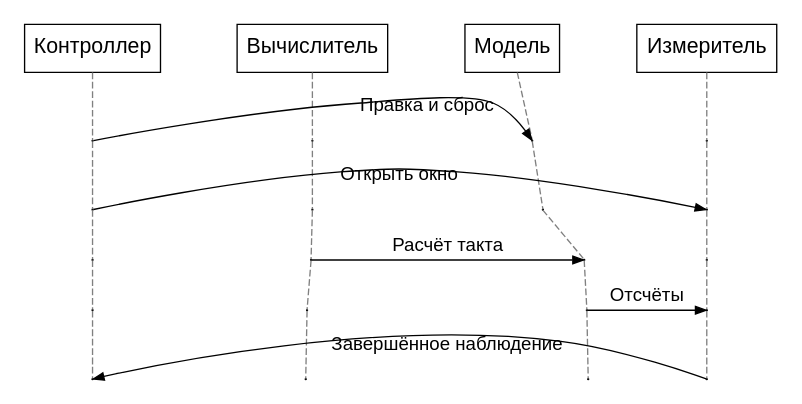
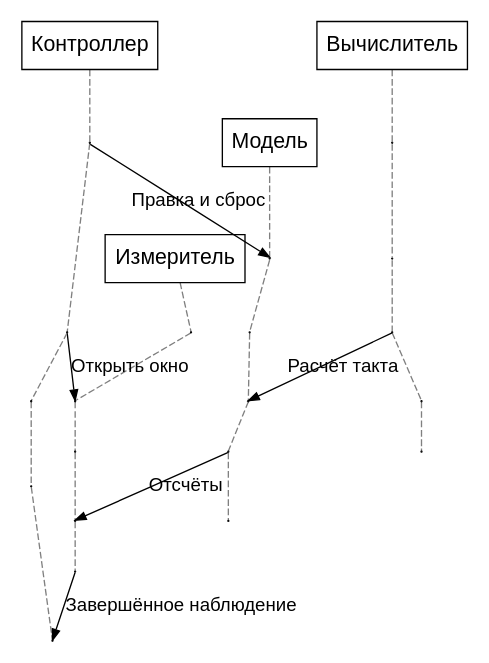
The diagram in Docs/StructTrain/TimeLearner/AlgorithmDescriptions/diagrams/probe-sequence.dot (aicommunity/Nmsdk), drawn with Graphviz before and after one commit. The commit also changed 2 other files, not shown here.

Commit message:
Render probe sequence with fixed UML lifelines

```diff
--- a/Docs/StructTrain/TimeLearner/AlgorithmDescriptions/diagrams/probe-sequence.dot
+++ b/Docs/StructTrain/TimeLearner/AlgorithmDescriptions/diagrams/probe-sequence.dot
@@ -1,29 +1,26 @@
 digraph G {
- graph [rankdir=TB, bgcolor=white, pad="0.15", nodesep="0.4", ranksep="0.5"];
- node [shape=box, fontname=Arial, fontsize=16, margin="0.1,0.08"];
+ graph [bgcolor=white, pad="0.12", overlap=true, splines=line, outputorder=edgesfirst];
+ node [shape=box, fontname=Arial, fontsize=16, margin="0.1,0.08", pin=true];
  edge [fontname=Arial, fontsize=14, arrowsize=0.8];
- a [label="Контроллер"];
- b [label="Вычислитель"];
- c [label="Модель"];
- d [label="Измеритель"];
- {rank=same; a;b;c;d;}
- a->b->c->d [style=invis];
+ a [label="Контроллер",pos="0,5!"];
+ b [label="Вычислитель",pos="2.5,5!"];
+ c [label="Модель",pos="5,5!"];
+ d [label="Измеритель",pos="7.5,5!"];
  node [shape=point, width=0.01, label=""];
- a1;b1;c1;d1;a2;b2;c2;d2;a3;b3;c3;d3;a4;b4;c4;d4;a5;b5;c5;d5;
- {rank=same; a1;b1;c1;d1;}
- {rank=same; a2;b2;c2;d2;}
- {rank=same; a3;b3;c3;d3;}
- {rank=same; a4;b4;c4;d4;}
- {rank=same; a5;b5;c5;d5;}
+ a1 [pos="0,4!"];b1 [pos="2.5,4!"];c1 [pos="5,4!"];d1 [pos="7.5,4!"];
+ a2 [pos="0,3!"];b2 [pos="2.5,3!"];c2 [pos="5,3!"];d2 [pos="7.5,3!"];
+ a3 [pos="0,2!"];b3 [pos="2.5,2!"];c3 [pos="5,2!"];d3 [pos="7.5,2!"];
+ a4 [pos="0,1!"];b4 [pos="2.5,1!"];c4 [pos="5,1!"];d4 [pos="7.5,1!"];
+ a5 [pos="0,0!"];b5 [pos="2.5,0!"];c5 [pos="5,0!"];d5 [pos="7.5,0!"];
  edge [style=dashed, arrowhead=none, color=gray];
  a->a1->a2->a3->a4->a5;
  b->b1->b2->b3->b4->b5;
  c->c1->c2->c3->c4->c5;
  d->d1->d2->d3->d4->d5;
- edge [style=solid, arrowhead=normal, color=black, constraint=false];
+ edge [style=solid, arrowhead=normal, color=black];
  a1 -> c1 [label="Правка и сброс"];
  a2 -> d2 [label="Открыть окно"];
  b3 -> c3 [label="Расчёт такта"];
  c4 -> d4 [label="Отсчёты"];
  d5 -> a5 [label="Завершённое наблюдение"];
 }
```
